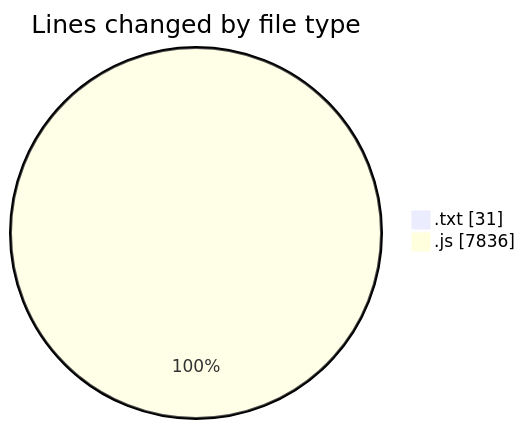
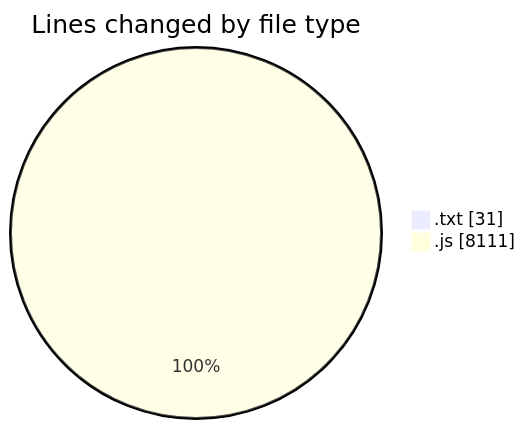
One commit to becaeroporto-bot/code-tracking changed the first of 2 diagrams in 2026-02-19/bot_i_a/README.md. Above: the diagram before and after it, drawn with Mermaid. The commit also changed other lines of this file and 1 other file, not shown here.

````diff
--- a/2026-02-19/bot_i_a/README.md
+++ b/2026-02-19/bot_i_a/README.md
@@ -35,6 +35,6 @@
 ```mermaid
 pie showData
 title Lines changed by file type
 ".txt" : 31
-".js" : 7836
+".js" : 8111
 ```
````
